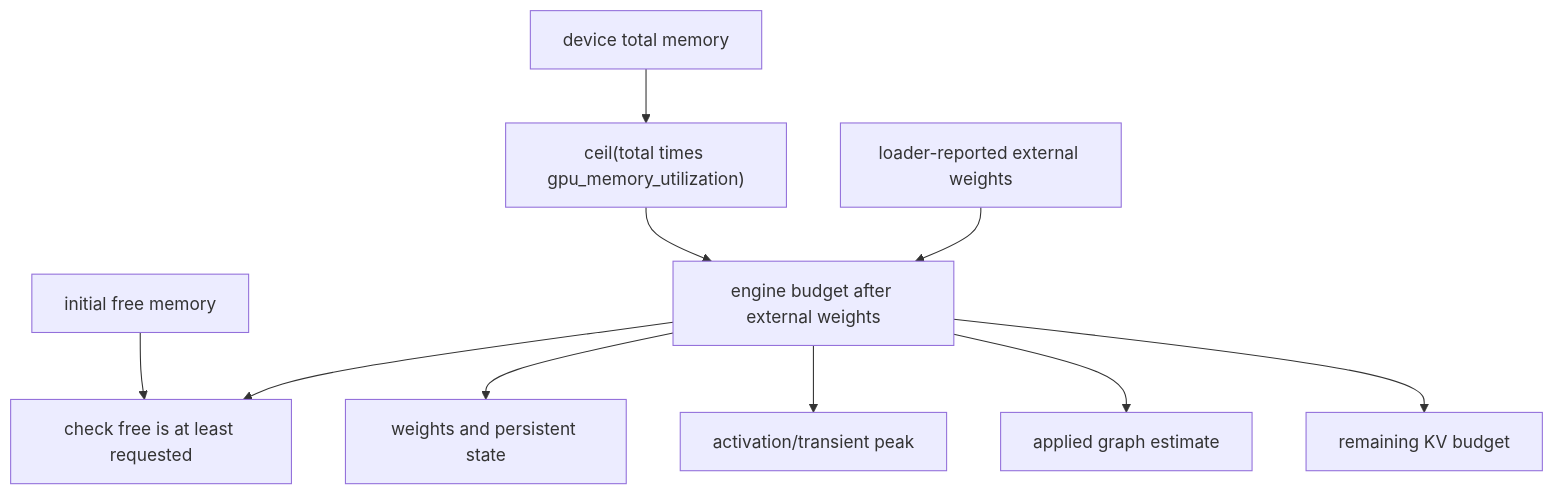
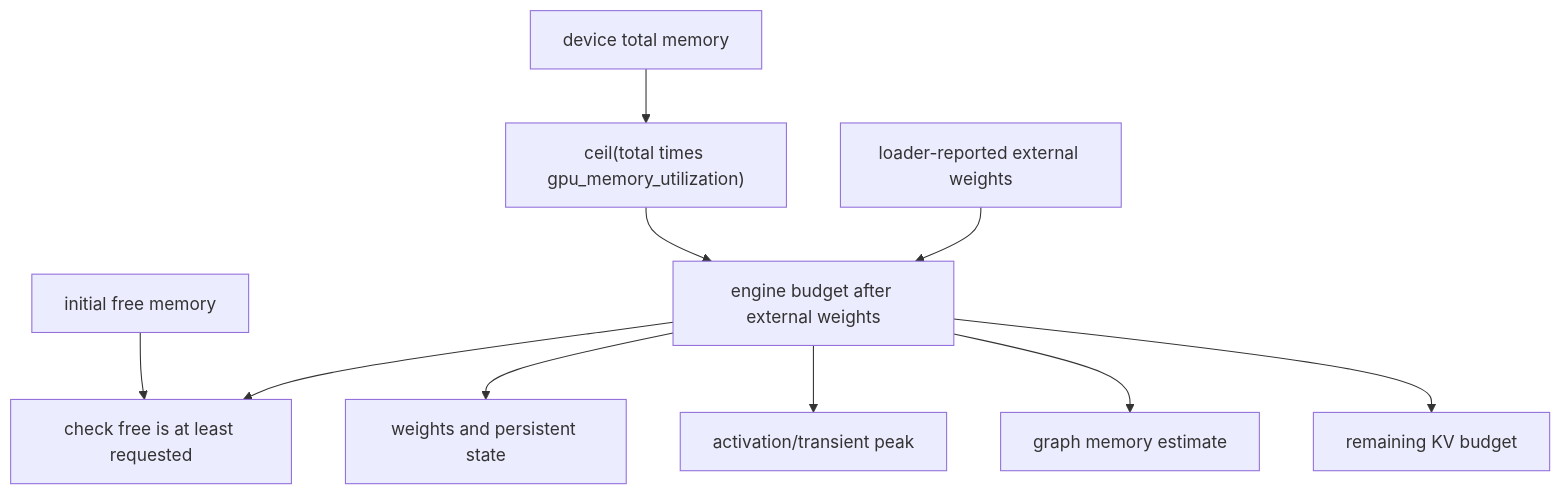
Diagram 18 of 43 in book/07-model-execution/README.md (cluster1900/vllm_reader), drawn with Mermaid before and after one commit. The commit also changed other lines of this file and 1 other file, not shown here.

First line of the commit message:
docs(ch07,ch08): F/D 批次 B6 — 公式讲解模板、统一符号与两张图（不含 §8.14） (#28)

````diff
--- a/book/07-model-execution/README.md
+++ b/book/07-model-execution/README.md
@@ -646,12 +684,12 @@
 ```mermaid
 flowchart TB
     TOTAL["device total memory"] --> UTIL["ceil(total times gpu_memory_utilization)"]
     UTIL --> REQ["engine budget after external weights"]
     EXT["loader-reported external weights"] --> REQ
     FREE["initial free memory"] --> CHECK["check free is at least requested"]
     REQ --> CHECK
     REQ --> W["weights and persistent state"]
     REQ --> A["activation/transient peak"]
-    REQ --> G["applied graph estimate"]
+    REQ --> G["graph memory estimate"]
     REQ --> K["remaining KV budget"]
 ```
````
